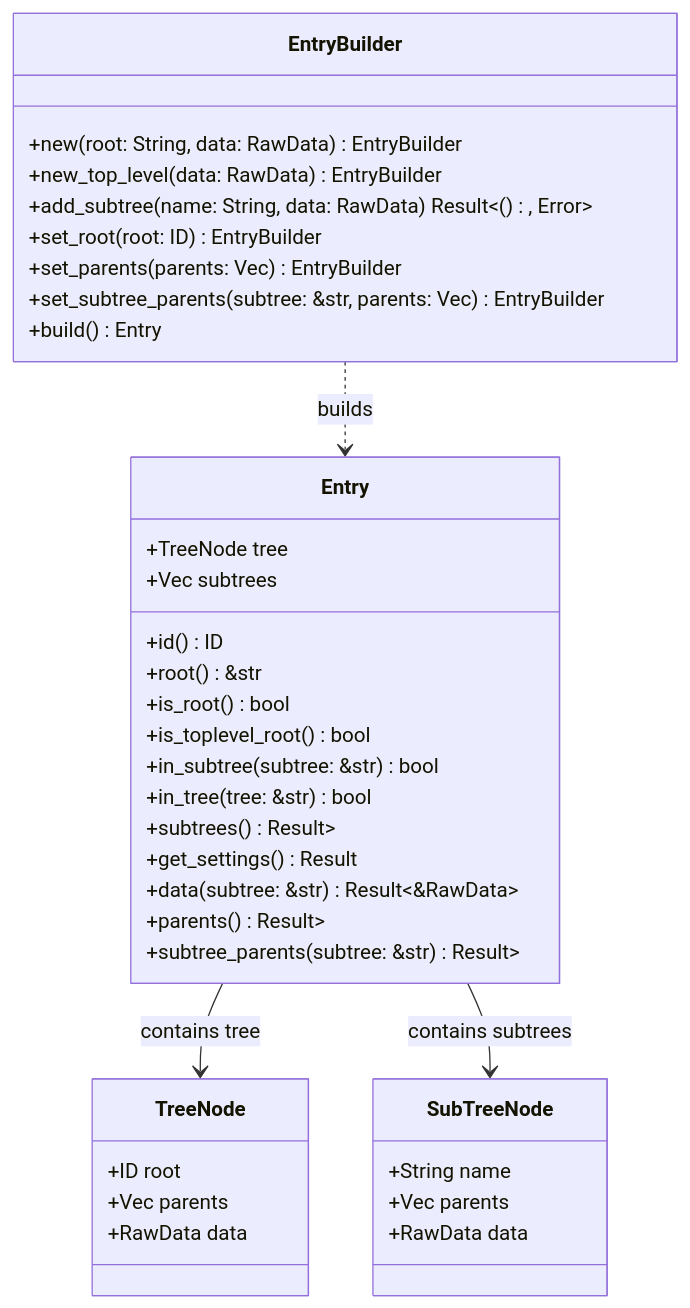
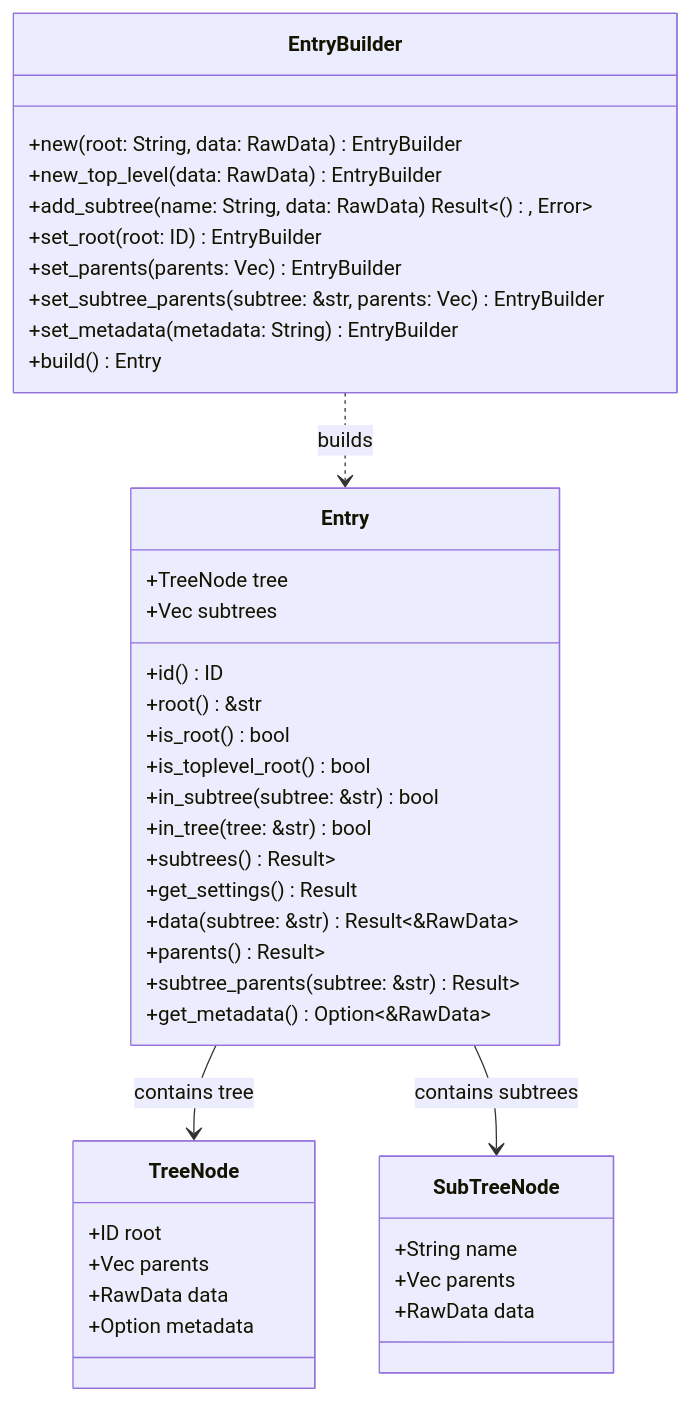
The diagram in docs/src/internal/core_components/entry.md (arcuru/eidetica), drawn with Mermaid before and after one commit. The commit also changed other lines of this file and 4 other files, not shown here.

First line of the commit message:
feat(entry): Introduce optional metadata to Entries

````diff
--- a/docs/src/internal/core_components/entry.md
+++ b/docs/src/internal/core_components/entry.md
@@ -12,44 +20,47 @@
 ```mermaid
 classDiagram
     class EntryBuilder {
         +new(root: String, data: RawData) EntryBuilder
         +new_top_level(data: RawData) EntryBuilder
         +add_subtree(name: String, data: RawData) Result<(), Error>
         +set_root(root: ID) EntryBuilder
         +set_parents(parents: Vec<ID>) EntryBuilder
         +set_subtree_parents(subtree: &str, parents: Vec<ID>) EntryBuilder
+        +set_metadata(metadata: String) EntryBuilder
         +build() Entry
     }
 
     class Entry {
         +TreeNode tree
         +Vec<SubTreeNode> subtrees
         +id() ID
         +root() &str
         +is_root() bool
         +is_toplevel_root() bool
         +in_subtree(subtree: &str) bool
         +in_tree(tree: &str) bool
         +subtrees() Result<Vec<String>>
         +get_settings() Result<RawData>
         +data(subtree: &str) Result<&RawData>
         +parents() Result<Vec<ID>>
         +subtree_parents(subtree: &str) Result<Vec<ID>>
+        +get_metadata() Option<&RawData>
     }
 
     class TreeNode {
         +ID root
         +Vec<ID> parents
         +RawData data
+        +Option<RawData> metadata
     }
 
     class SubTreeNode {
         +String name
         +Vec<ID> parents
         +RawData data
     }
 
     EntryBuilder ..> Entry : builds
     Entry --> TreeNode : contains tree
     Entry --> SubTreeNode : contains subtrees
 ```
````
